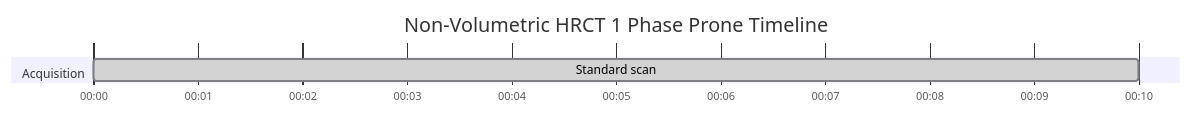
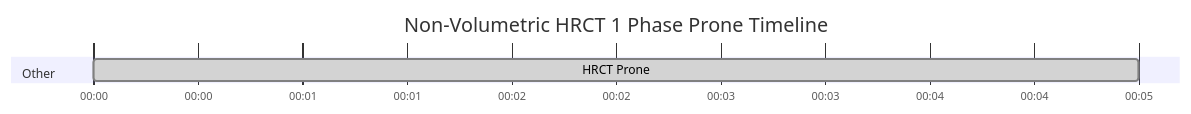
Before and after one commit to dfergs93/radiology-protocols: the diagram in docs/ct/chest/non-volumetric-hrct-1-phase-prone.md, drawn with Mermaid. The commit also changed 101 other files, not shown here.

````diff
--- a/docs/ct/chest/non-volumetric-hrct-1-phase-prone.md
+++ b/docs/ct/chest/non-volumetric-hrct-1-phase-prone.md
@@ -69,13 +69,15 @@
   ```mermaid
   ---
+  displayMode: compact
   config:
     theme: default
+    themeCSS: " #Saline{ fill: #4ed5ff; stroke: #2094f3; } "
   ---
     gantt
       title Non-Volumetric HRCT 1 Phase Prone Timeline
       dateFormat mm:ss
       axisFormat %M:%S 
       
-      section Acquisition
-      Standard scan    :done, scan1, 00:00, 10s
+      section Other
+      HRCT Prone    :done, scan1, 00:00, 5s
   ```
````
